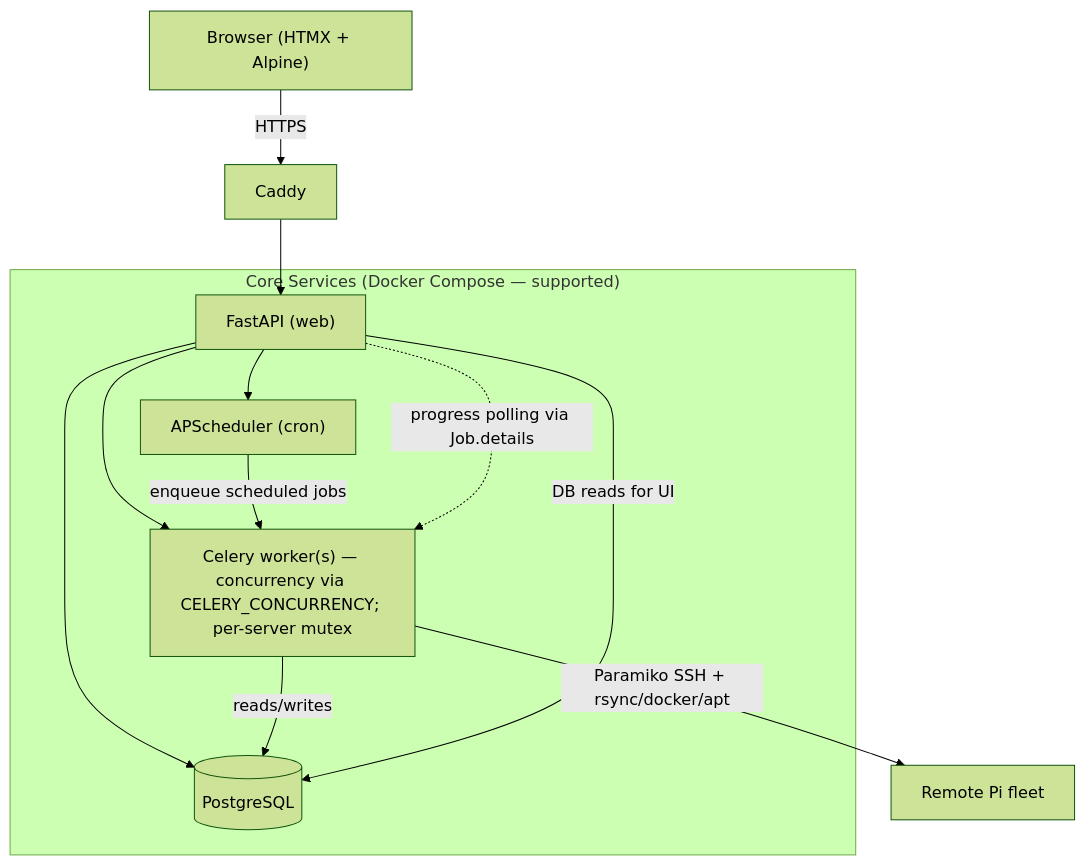
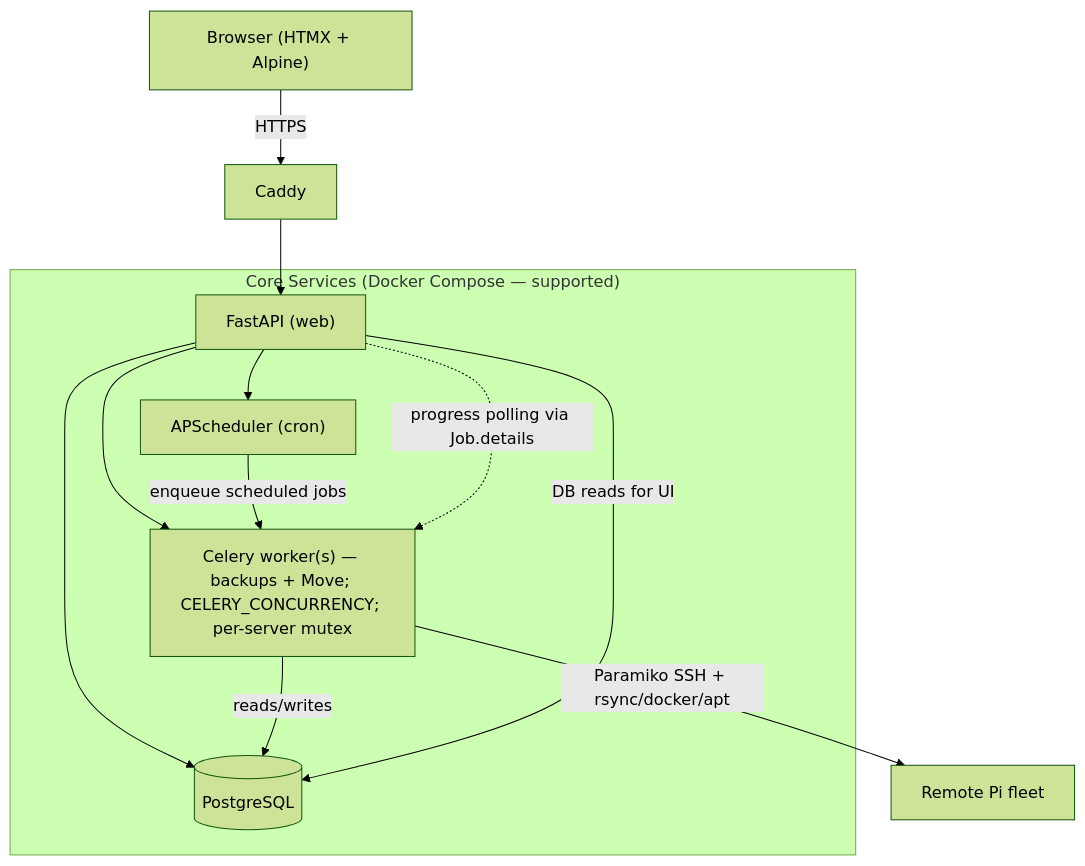
Before and after one commit to bjorngluck/piherder: the first of 3 diagrams in SPEC.md, drawn with Mermaid (forest theme). The commit also changed other lines of this file and 18 other files, not shown here.

````diff
--- a/SPEC.md
+++ b/SPEC.md
@@ -362,18 +363,18 @@
 ```mermaid
 flowchart TB
     Browser["Browser (HTMX + Alpine)"] -->|HTTPS| Caddy
     Caddy --> FastAPI["FastAPI (web)"]
 
     subgraph Core["Core Services (Docker Compose — supported)"]
         FastAPI --> DB[(PostgreSQL)]
         FastAPI --> Scheduler["APScheduler (cron)"]
-        FastAPI --> Celery["Celery worker(s) — concurrency via CELERY_CONCURRENCY; per-server mutex"]
+        FastAPI --> Celery["Celery worker(s) — backups + Move; CELERY_CONCURRENCY; per-server mutex"]
     end
 
     Scheduler -->|enqueue scheduled jobs| Celery
     Celery -->|reads/writes| DB
     Celery -->|Paramiko SSH + rsync/docker/apt| PiFleet["Remote Pi fleet"]
 
     FastAPI -->|DB reads for UI| DB
     FastAPI -.->|progress polling via Job.details| Celery
 ```
````
